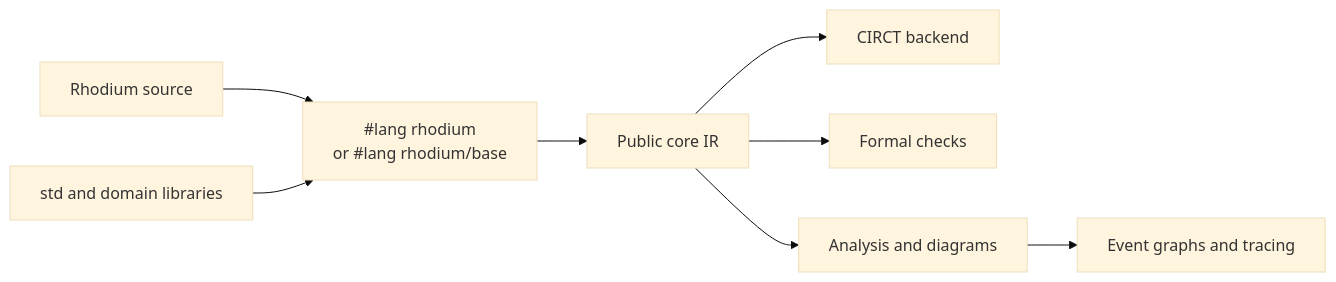
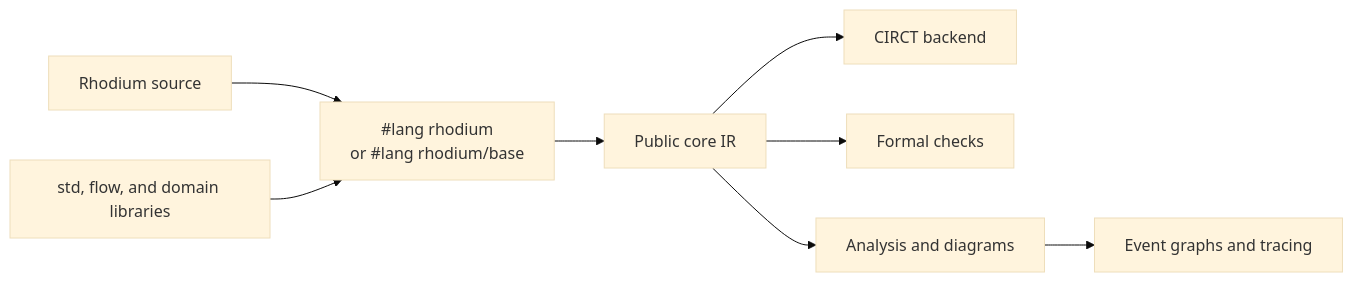
Before and after one commit to jerryz123/rhodium: the diagram in rhodium/README.md, drawn with Mermaid (base theme). The commit also changed other lines of this file and 147 other files, not shown here.

Commit message:
refactor flow

````diff
--- a/rhodium/README.md
+++ b/rhodium/README.md
@@ -32,10 +32,10 @@
 ```mermaid
 flowchart LR
   Author["Rhodium source"] --> Profiles["#lang rhodium<br/>or #lang rhodium/base"]
   Profiles --> Core["Public core IR"]
   Core --> Backend["CIRCT backend"]
   Core --> Formal["Formal checks"]
   Core --> Views["Analysis and diagrams"]
   Views --> Events["Event graphs and tracing"]
-  Libraries["std and domain libraries"] --> Profiles
+  Libraries["std, flow, and domain libraries"] --> Profiles
 ```
````
